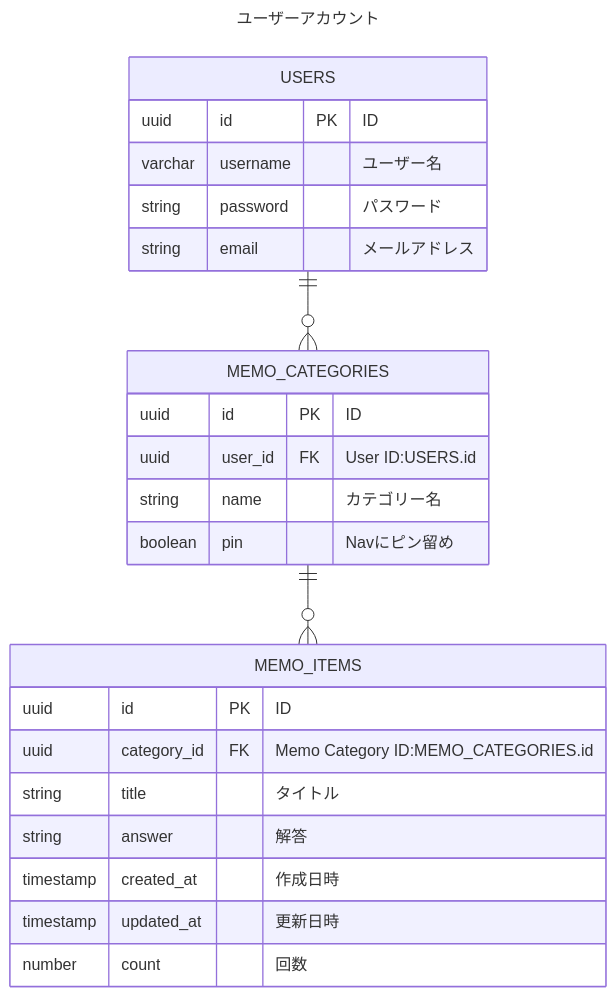
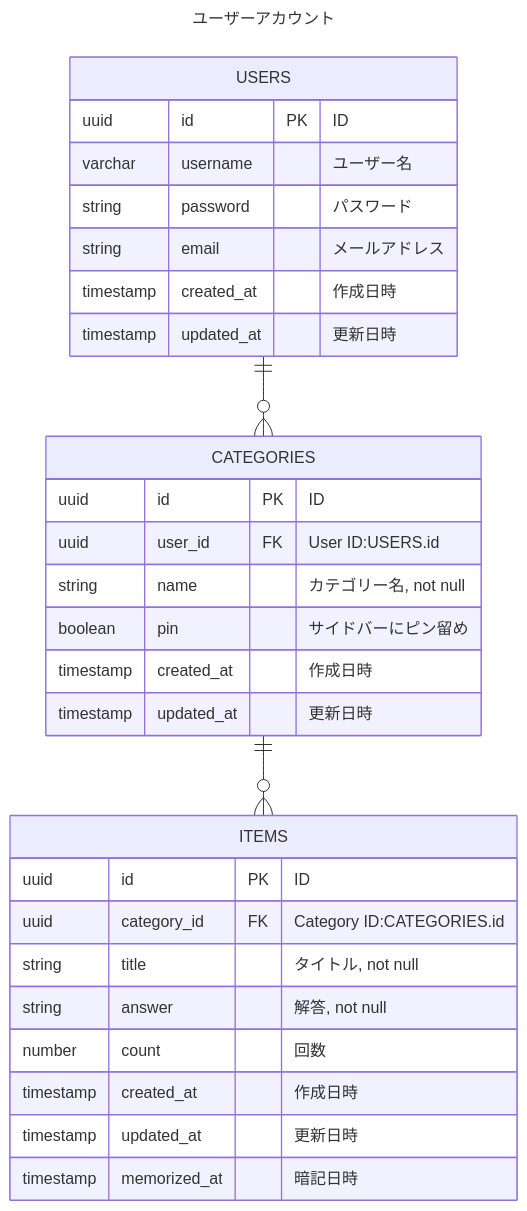
One commit to Faron-17/memorization-app changed the diagram in doc/erd.md. Above: the diagram before and after it, drawn with Mermaid. The commit also changed other lines of this file, not shown here.

Commit message:
- 修正

````diff
--- a/doc/erd.md
+++ b/doc/erd.md
@@ -5,32 +5,37 @@
 ```mermaid
 ---
 title: "ユーザーアカウント"
 ---
 erDiagram
-  USERS ||--o{ MEMO_CATEGORIES : ""
-  MEMO_CATEGORIES ||--o{ MEMO_ITEMS : ""
+  USERS ||--o{ CATEGORIES : ""
+  CATEGORIES ||--o{ ITEMS : ""
 
   USERS {
     uuid id PK "ID"
     varchar username "ユーザー名"
     string password "パスワード"
     string email "メールアドレス"
+    timestamp created_at "作成日時"
+    timestamp updated_at "更新日時"
   }
 
-  MEMO_CATEGORIES {
+  CATEGORIES {
     uuid id PK "ID"
     uuid user_id FK "User ID:USERS.id"
-    string name "カテゴリー名"
-    boolean pin "Navにピン留め"
+    string name "カテゴリー名, not null"
+    boolean pin "サイドバーにピン留め"
+    timestamp created_at "作成日時"
+    timestamp updated_at "更新日時"
   }
 
-  MEMO_ITEMS {
+  ITEMS {
     uuid id PK "ID"
-    uuid category_id FK "Memo Category ID:MEMO_CATEGORIES.id"
-    string title "タイトル"
-    string answer "解答"
+    uuid category_id FK "Category ID:CATEGORIES.id"
+    string title "タイトル, not null"
+    string answer "解答, not null"
+    number count "回数"
     timestamp created_at "作成日時"
     timestamp updated_at "更新日時"
-    number count "回数"
+    timestamp memorized_at "暗記日時"
   }
 ```
````
